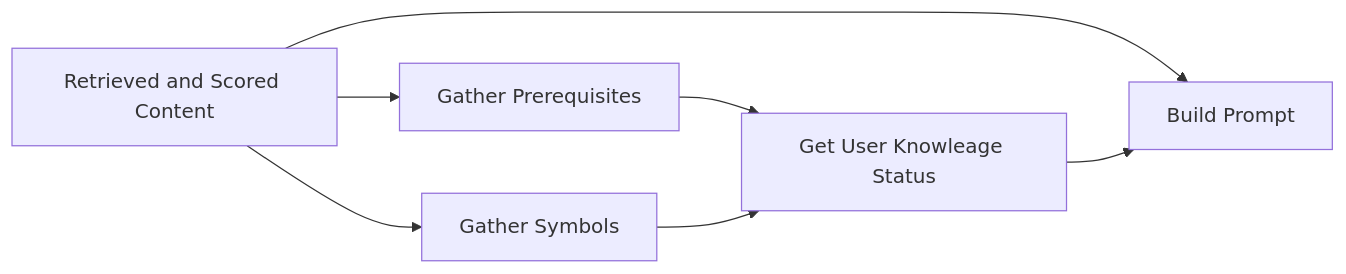
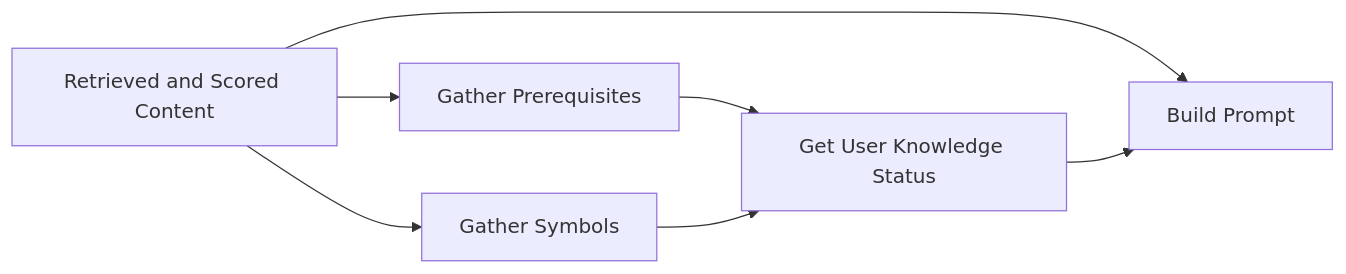
Before and after one commit to behroozbc/phd-interview: the sixth of 6 diagrams in pages/master-thesis.md, drawn with Mermaid. The commit also changed other lines of this file, not shown here.

````diff
--- a/pages/master-thesis.md
+++ b/pages/master-thesis.md
@@ -150,14 +150,14 @@
 ```mermaid
 flowchart LR
 BuildPrompt["Build Prompt"]
-GetUserknowleageStatus["Get User Knowleage Status"]
+GetUserknowleageStatus["Get User Knowledge Status"]
 RetrievedScored["Retrieved and Scored Content"]
 GatherPrerequisites["Gather Prerequisites"]
 GatherSymbols["Gather Symbols"]
 RetrievedScored-->BuildPrompt
 RetrievedScored-->GatherSymbols
 RetrievedScored-->GatherPrerequisites
 GetUserknowleageStatus-->BuildPrompt
 GatherPrerequisites-->GetUserknowleageStatus
 GatherSymbols-->GetUserknowleageStatus
 ```
````
